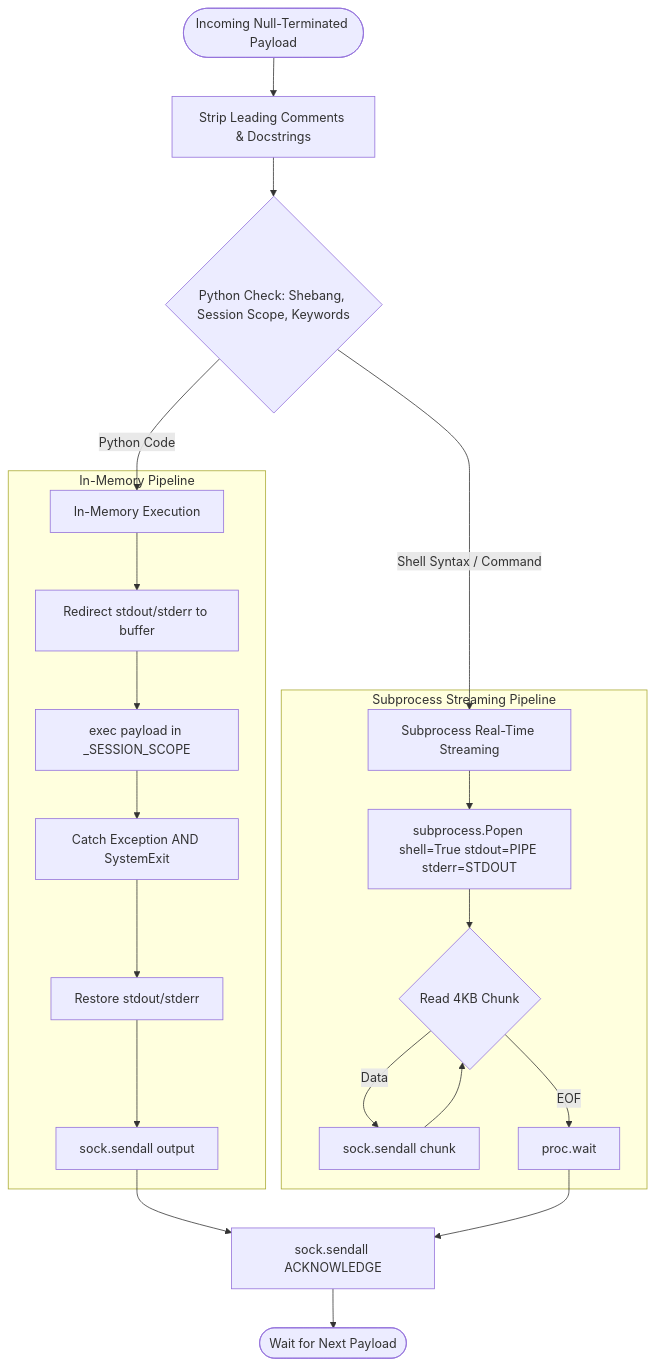
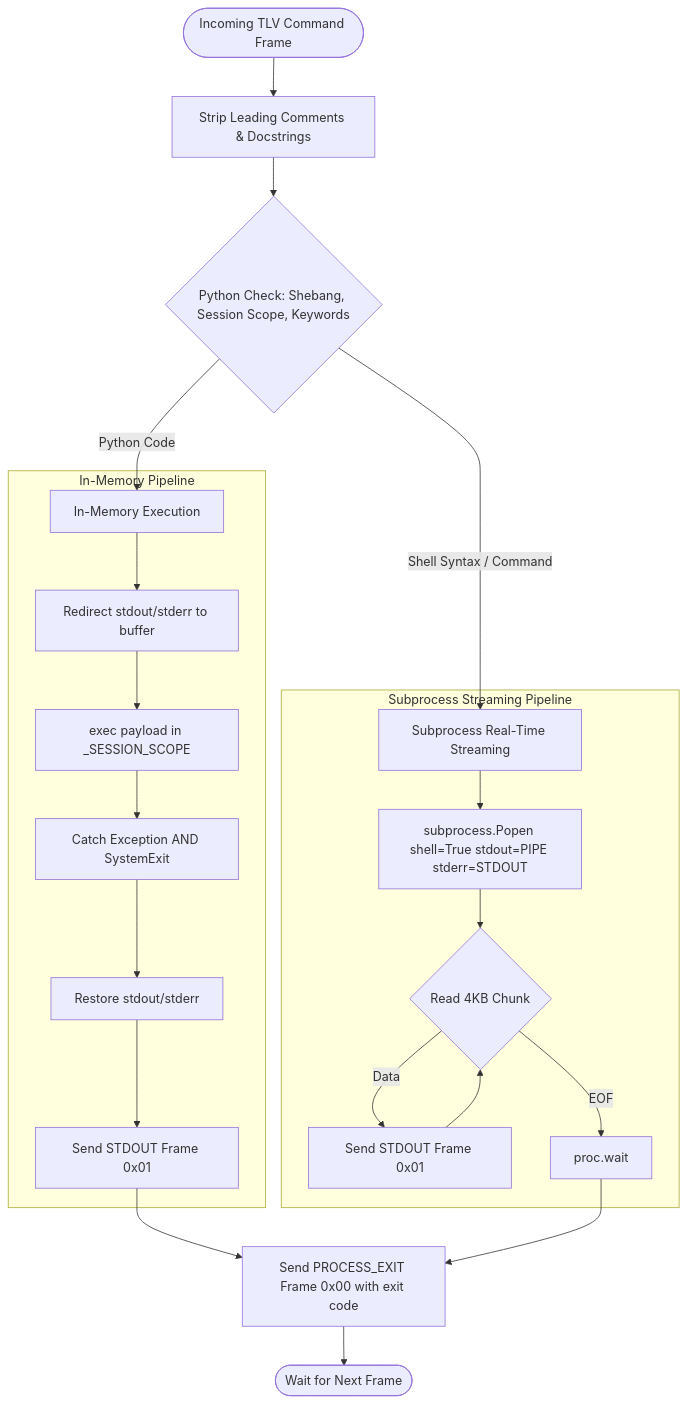
The first of 2 diagrams in plugins/py_socket/README.md (othon-hugo/declusor), drawn with Mermaid before and after one commit. The commit also changed other lines of this file and 6 other files, not shown here.

````diff
--- a/plugins/py_socket/README.md
+++ b/plugins/py_socket/README.md
@@ -16,27 +16,27 @@
 ```mermaid
 flowchart TD
-    START([Incoming Null-Terminated Payload]) --> STRIP[Strip Leading Comments & Docstrings]
+    START([Incoming TLV Command Frame]) --> STRIP[Strip Leading Comments & Docstrings]
     STRIP --> PARSE_AST{Python Check: Shebang, Session Scope, Keywords}
 
     PARSE_AST -->|Python Code| IN_MEMORY[In-Memory Execution]
     PARSE_AST -->|Shell Syntax / Command| SUBPROC[Subprocess Real-Time Streaming]
 
     subgraph In-Memory Pipeline
         IN_MEMORY --> REDIRECT[Redirect stdout/stderr to buffer]
         REDIRECT --> EXEC[exec payload in _SESSION_SCOPE]
         EXEC --> CATCH[Catch Exception AND SystemExit]
         CATCH --> RESTORE[Restore stdout/stderr]
-        RESTORE --> SEND_INMEM[sock.sendall output]
+        RESTORE --> SEND_INMEM[Send STDOUT Frame 0x01]
     end
 
     subgraph Subprocess Streaming Pipeline
         SUBPROC --> SPAWN[subprocess.Popen shell=True stdout=PIPE stderr=STDOUT]
         SPAWN --> STREAM_LOOP{Read 4KB Chunk}
-        STREAM_LOOP -->|Data| SEND_CHUNK[sock.sendall chunk] --> STREAM_LOOP
+        STREAM_LOOP -->|Data| SEND_CHUNK[Send STDOUT Frame 0x01] --> STREAM_LOOP
         STREAM_LOOP -->|EOF| WAIT[proc.wait]
     end
 
-    SEND_INMEM --> SEND_ACK[sock.sendall ACKNOWLEDGE]
-    WAIT --> SEND_ACK
-    SEND_ACK --> DONE([Wait for Next Payload])
+    SEND_INMEM --> SEND_EXIT[Send PROCESS_EXIT Frame 0x00 with exit code]
+    WAIT --> SEND_EXIT
+    SEND_EXIT --> DONE([Wait for Next Frame])
 ```
````
